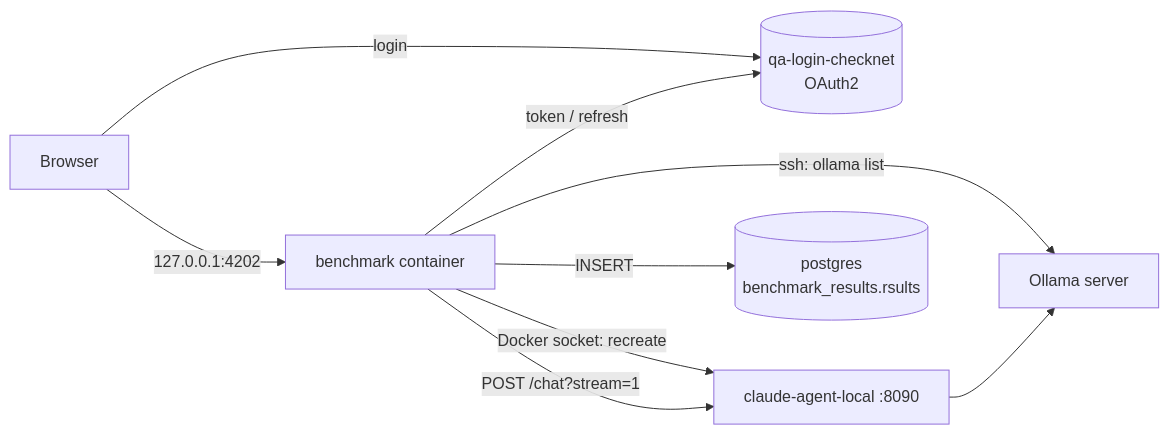
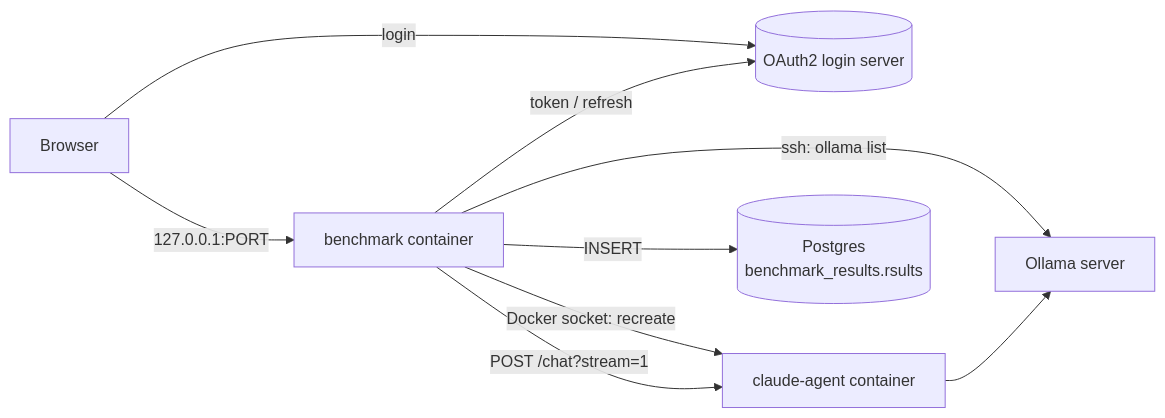
The diagram in README.md (BerendCheckpt/benchmarking-local-models), drawn with Mermaid before and after one commit. The commit also changed other lines of this file and 19 other files, not shown here.

````diff
--- a/README.md
+++ b/README.md
@@ -15,11 +15,11 @@
 ```mermaid
 flowchart LR
-  BR[Browser] -- "127.0.0.1:4202" --> APP[benchmark container]
-  BR -- login --> IDP[(qa-login-checknet<br/>OAuth2)]
+  BR[Browser] -- "127.0.0.1:PORT" --> APP[benchmark container]
+  BR -- login --> IDP[(OAuth2 login server)]
   APP -- token / refresh --> IDP
-  APP -- "ssh: ollama list" --> OH[Ollama server<br/><ollama-host>]
-  APP -- "Docker socket: recreate" --> CA[claude-agent-local :8090]
+  APP -- "ssh: ollama list" --> OH[Ollama server]
+  APP -- "Docker socket: recreate" --> CA[claude-agent container]
   APP -- "POST /chat?stream=1" --> CA
   CA --> OH
-  APP -- INSERT --> PG[(postgres<br/>benchmark_results.rsults)]
+  APP -- INSERT --> PG[(Postgres<br/>benchmark_results.rsults)]
 ```
````
